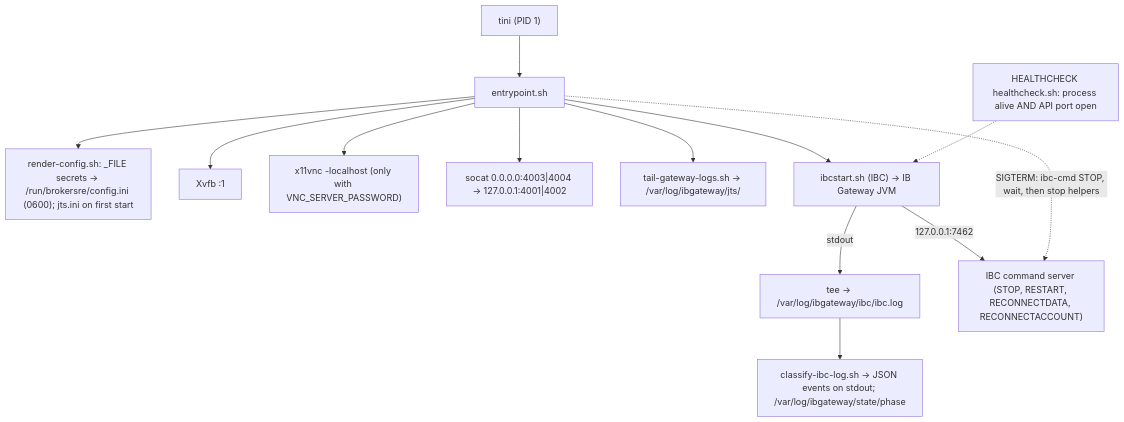
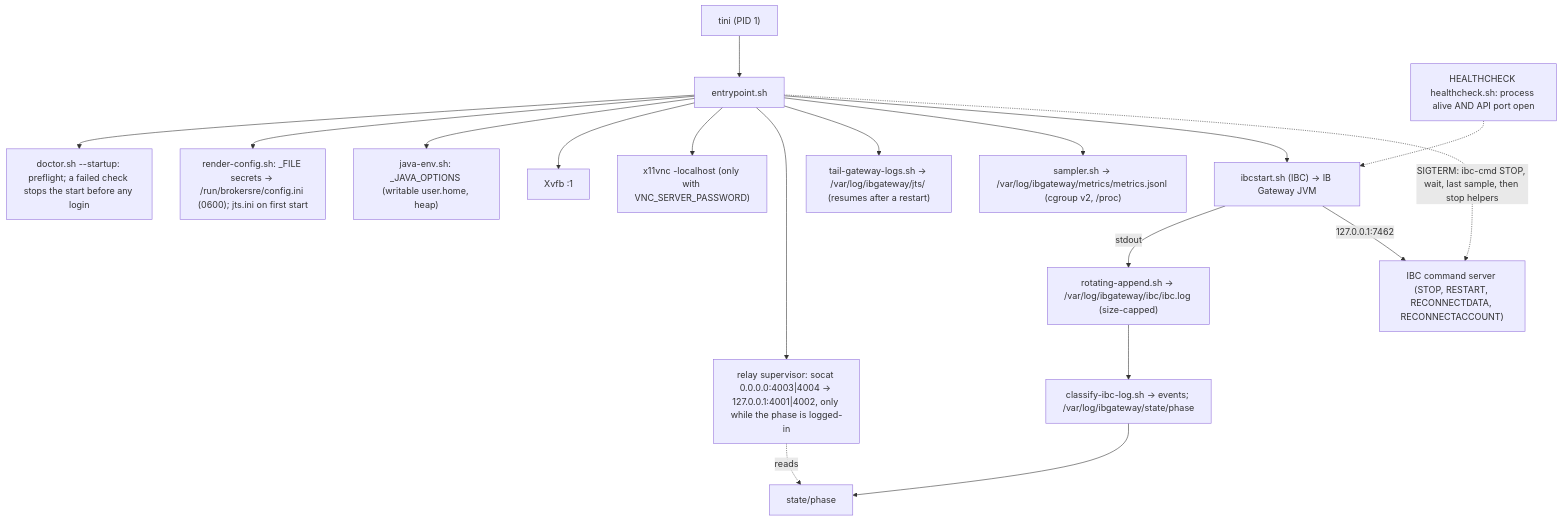
Before and after one commit to RocketEdge/brokersre-ib-gateway: the second of 3 diagrams in docs/architecture.md, drawn with Mermaid. The commit also changed other lines of this file and 12 other files, not shown here.

First line of the commit message:
docs: log contract v2, preflight, sampler and the weekly login

````diff
--- a/docs/architecture.md
+++ b/docs/architecture.md
@@ -21,15 +21,20 @@
 ```mermaid
 flowchart TB
   tini["tini (PID 1)"] --> ep["entrypoint.sh"]
+  ep --> doctor["doctor.sh --startup: preflight; a failed check stops the start before any login"]
   ep --> render["render-config.sh: _FILE secrets -> /run/brokersre/config.ini (0600); jts.ini on first start"]
+  ep --> javaenv["java-env.sh: _JAVA_OPTIONS (writable user.home, heap)"]
   ep --> xvfb["Xvfb :1"]
   ep --> vnc["x11vnc -localhost (only with VNC_SERVER_PASSWORD)"]
-  ep --> socat["socat 0.0.0.0:4003|4004 -> 127.0.0.1:4001|4002"]
-  ep --> tail["tail-gateway-logs.sh -> /var/log/ibgateway/jts/"]
+  ep --> relay["relay supervisor: socat 0.0.0.0:4003|4004 -> 127.0.0.1:4001|4002, only while the phase is logged-in"]
+  ep --> tail["tail-gateway-logs.sh -> /var/log/ibgateway/jts/ (resumes after a restart)"]
+  ep --> sampler["sampler.sh -> /var/log/ibgateway/metrics/metrics.jsonl (cgroup v2, /proc)"]
   ep --> ibc["ibcstart.sh (IBC) -> IB Gateway JVM"]
-  ibc -- "stdout" --> tee["tee -> /var/log/ibgateway/ibc/ibc.log"]
-  tee --> classify["classify-ibc-log.sh -> JSON events on stdout; /var/log/ibgateway/state/phase"]
+  ibc -- "stdout" --> rot["rotating-append.sh -> /var/log/ibgateway/ibc/ibc.log (size-capped)"]
+  rot --> classify["classify-ibc-log.sh -> events; /var/log/ibgateway/state/phase"]
+  relay -. "reads" .-> phase["state/phase"]
+  classify --> phase
   ibc -- "127.0.0.1:7462" --> cmd["IBC command server (STOP, RESTART, RECONNECTDATA, RECONNECTACCOUNT)"]
-  ep -. "SIGTERM: ibc-cmd STOP, wait, then stop helpers" .-> cmd
+  ep -. "SIGTERM: ibc-cmd STOP, wait, last sample, then stop helpers" .-> cmd
   hc["HEALTHCHECK healthcheck.sh: process alive AND API port open"] -.-> ibc
 ```
````
